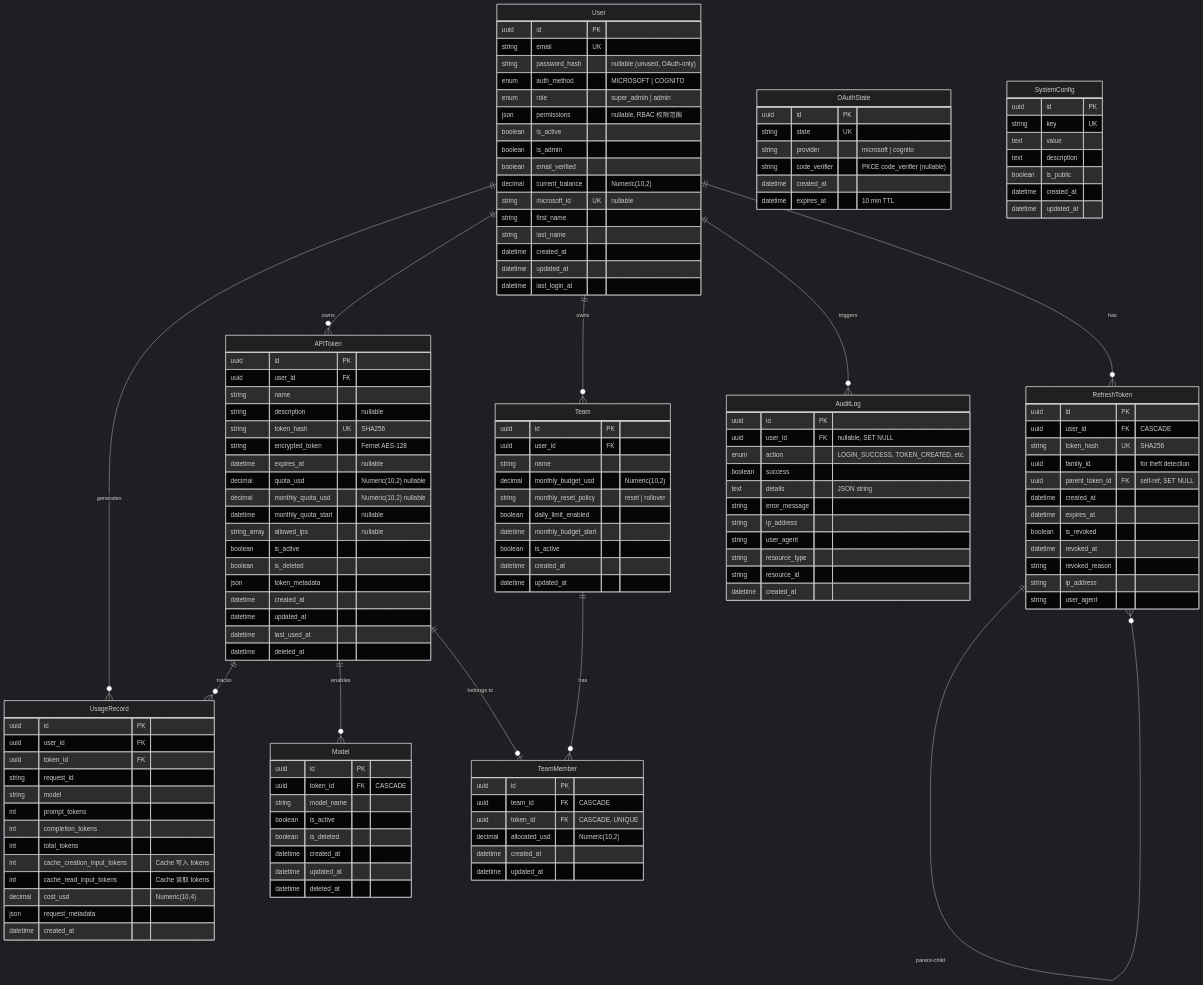
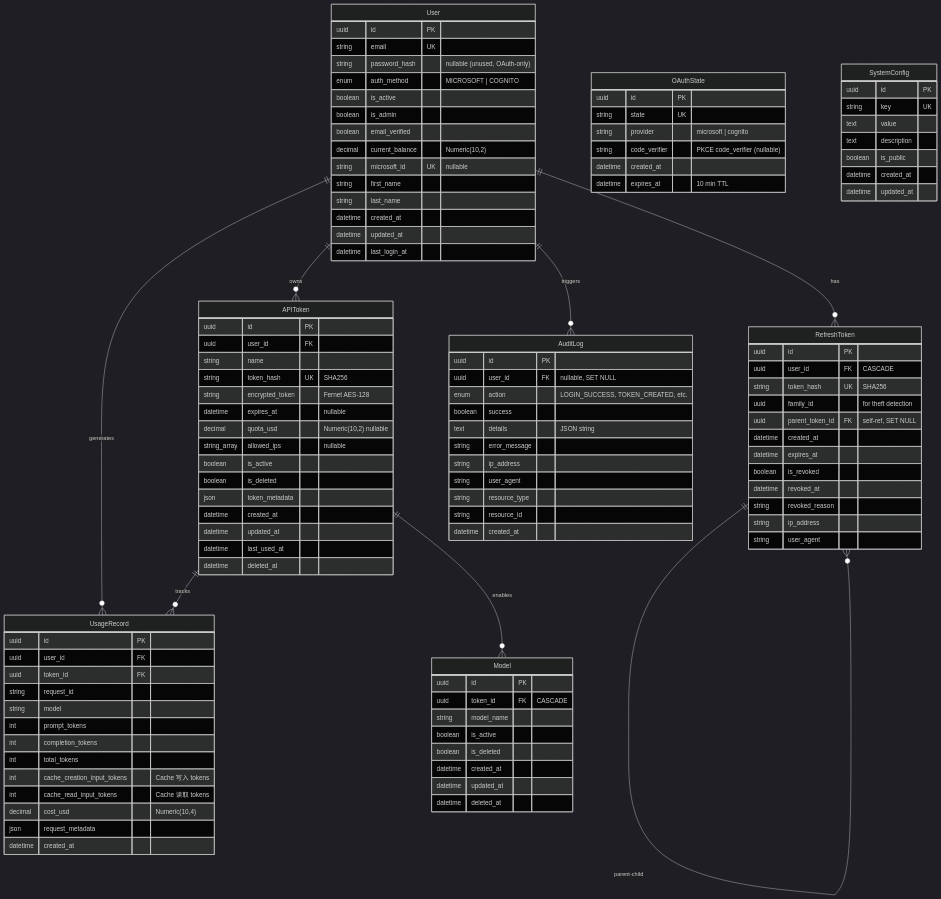
The third of 11 diagrams in docs/architecture.zh.md (aws-samples/sample-br-enterprise-proxy), drawn with Mermaid (dark theme) before and after one commit. The commit also changed other lines of this file and 12 other files, not shown here.

````diff
--- a/docs/architecture.zh.md
+++ b/docs/architecture.zh.md
@@ -216,14 +216,11 @@
 ```mermaid
 erDiagram
     User ||--o{ APIToken : "owns"
-    User ||--o{ Team : "owns"
     User ||--o{ UsageRecord : "generates"
     User ||--o{ RefreshToken : "has"
     User ||--o{ AuditLog : "triggers"
     APIToken ||--o{ UsageRecord : "tracks"
     APIToken ||--o{ Model : "enables"
-    APIToken ||--o| TeamMember : "belongs to"
-    Team ||--o{ TeamMember : "has"
     RefreshToken ||--o{ RefreshToken : "parent-child"
 
     User {
@@ -231,8 +228,6 @@
         string email UK
         string password_hash "nullable (unused, OAuth-only)"
         enum auth_method "MICROSOFT | COGNITO"
-        enum role "super_admin | admin"
-        json permissions "nullable, RBAC 权限范围"
         boolean is_active
         boolean is_admin
         boolean email_verified
@@ -249,13 +244,10 @@
         uuid id PK
         uuid user_id FK
         string name
-        string description "nullable"
         string token_hash UK "SHA256"
         string encrypted_token "Fernet AES-128"
         datetime expires_at "nullable"
         decimal quota_usd "Numeric(10,2) nullable"
-        decimal monthly_quota_usd "Numeric(10,2) nullable"
-        datetime monthly_quota_start "nullable"
         string_array allowed_ips "nullable"
         boolean is_active
         boolean is_deleted
@@ -322,28 +314,6 @@
         string user_agent
     }
 
-    Team {
-        uuid id PK
-        uuid user_id FK
-        string name
-        decimal monthly_budget_usd "Numeric(10,2)"
-        string monthly_reset_policy "reset | rollover"
-        boolean daily_limit_enabled
-        datetime monthly_budget_start
-        boolean is_active
-        datetime created_at
-        datetime updated_at
-    }
-
-    TeamMember {
-        uuid id PK
-        uuid team_id FK "CASCADE"
-        uuid token_id FK "CASCADE, UNIQUE"
-        decimal allocated_usd "Numeric(10,2)"
-        datetime created_at
-        datetime updated_at
-    }
-
     OAuthState {
         uuid id PK
         string state UK
````
